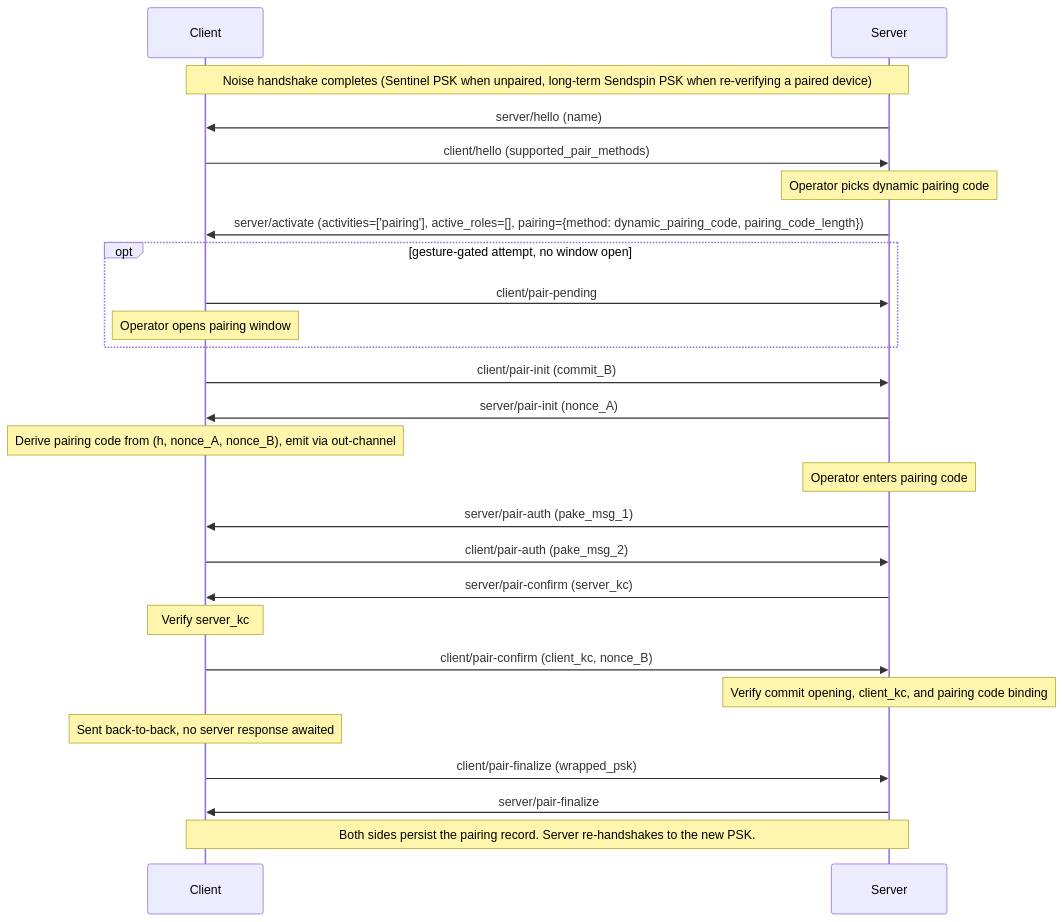
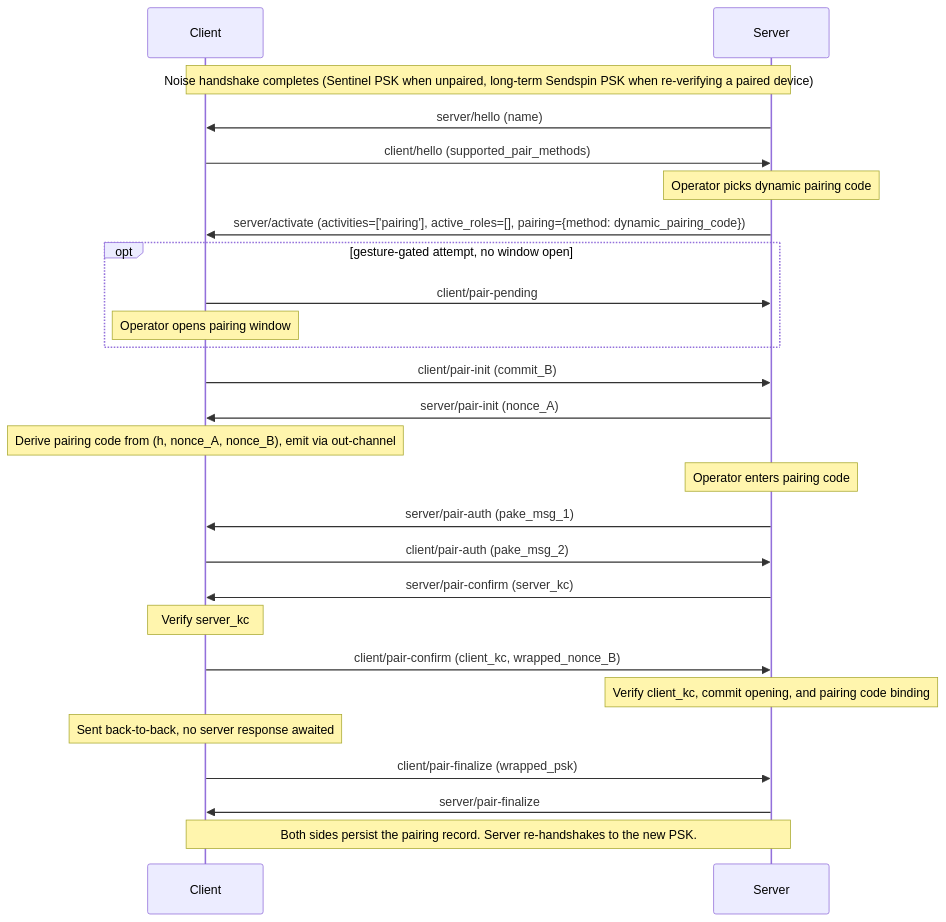
The third of 4 diagrams in README.md (Resonate-Protocol/spec), drawn with Mermaid before and after one commit. The commit also changed other lines of this file and 4 other files, not shown here.

First line of the commit message:
Improve dynamic pairing

````diff
--- a/README.md
+++ b/README.md
@@ -838,30 +817,30 @@
 ```mermaid
 sequenceDiagram
     participant Client
     participant Server
 
     Note over Client,Server: Noise handshake completes (Sentinel PSK when unpaired, long-term Sendspin PSK when re-verifying a paired device)
 
     Server->>Client: server/hello (name)
     Client->>Server: client/hello (supported_pair_methods)
     Note over Server: Operator picks dynamic pairing code
-    Server->>Client: server/activate (activities=['pairing'], active_roles=[], pairing={method: dynamic_pairing_code, pairing_code_length})
+    Server->>Client: server/activate (activities=['pairing'], active_roles=[], pairing={method: dynamic_pairing_code})
     opt gesture-gated attempt, no window open
         Client->>Server: client/pair-pending
         Note over Client: Operator opens pairing window
     end
     Client->>Server: client/pair-init (commit_B)
     Server->>Client: server/pair-init (nonce_A)
     Note over Client: Derive pairing code from (h, nonce_A, nonce_B), emit via out-channel
     Note over Server: Operator enters pairing code
     Server->>Client: server/pair-auth (pake_msg_1)
     Client->>Server: client/pair-auth (pake_msg_2)
     Server->>Client: server/pair-confirm (server_kc)
     Note over Client: Verify server_kc
-    Client->>Server: client/pair-confirm (client_kc, nonce_B)
-    Note over Server: Verify commit opening, client_kc, and pairing code binding
+    Client->>Server: client/pair-confirm (client_kc, wrapped_nonce_B)
+    Note over Server: Verify client_kc, commit opening, and pairing code binding
     Note over Client: Sent back-to-back, no server response awaited
     Client->>Server: client/pair-finalize (wrapped_psk)
     Server->>Client: server/pair-finalize
     Note over Client,Server: Both sides persist the pairing record. Server re-handshakes to the new PSK.
 ```
````
